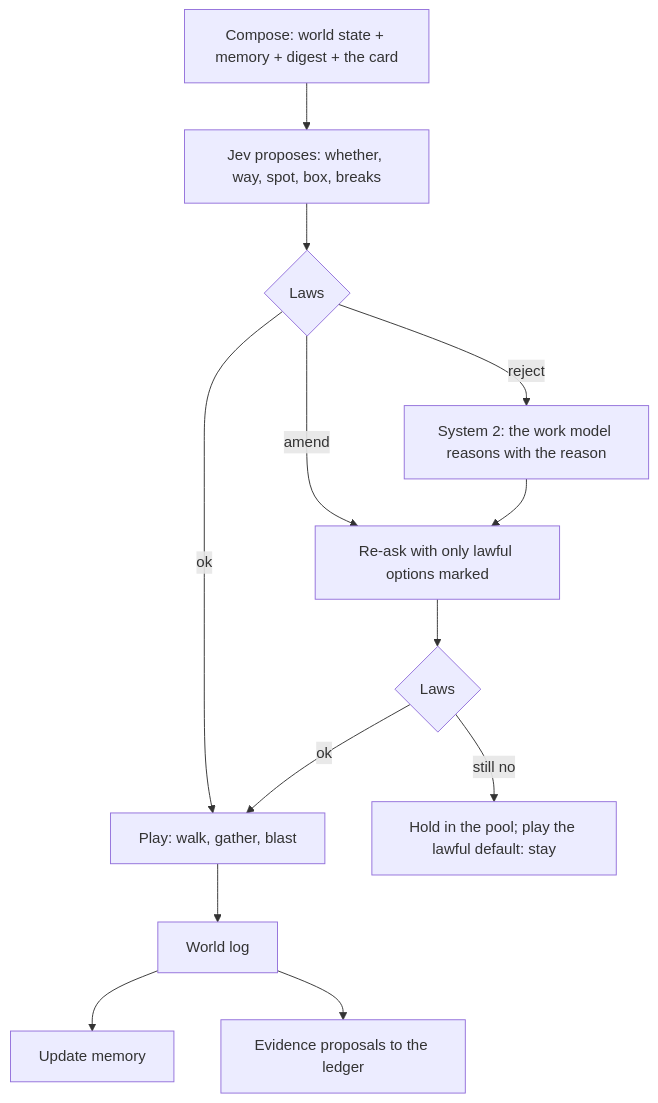
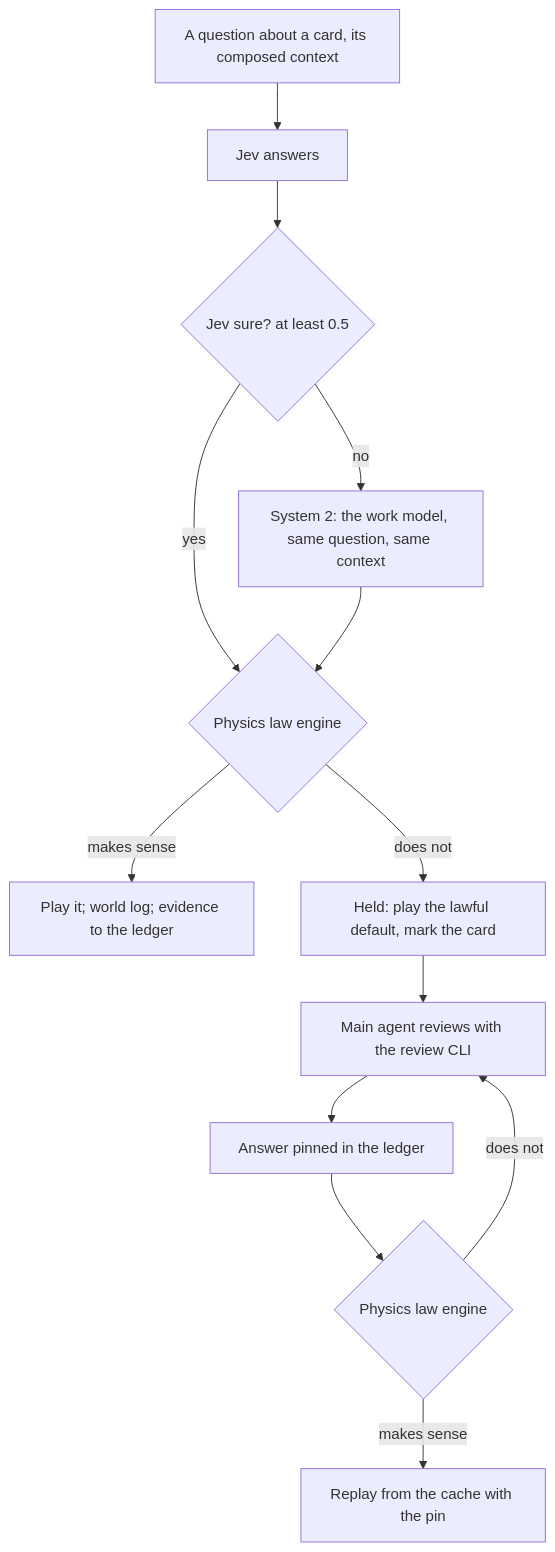
Before and after one commit to gardianofthedarkness/novel-ontology-pi: the second of 2 diagrams in docs/v2/world-ontology.md, drawn with Mermaid. The commit also changed other lines of this file and 3 other files, not shown here.

Commit message:
docs(v2): two tracks in parallel: A the summarization layer, B the world-ontology loop; system 2 is the same question to the work model below 0.5, then the physics law engine, then a main agent's review with a high-privilege CLI

````diff
--- a/docs/v2/world-ontology.md
+++ b/docs/v2/world-ontology.md
@@ -104,15 +111,15 @@
 ```mermaid
 flowchart TB
-  A[Compose: world state + memory + digest + the card] --> B[Jev proposes: whether, way, spot, box, breaks]
-  B --> C{Laws}
-  C -- ok --> P[Play: walk, gather, blast]
-  C -- amend --> B2[Re-ask with only lawful options marked]
-  C -- reject --> S2[System 2: the work model reasons with the reason]
-  S2 --> B2
-  B2 --> C2{Laws}
-  C2 -- ok --> P
-  C2 -- still no --> H[Hold in the pool; play the lawful default: stay]
-  P --> W[World log]
-  W --> M[Update memory]
-  W --> E[Evidence proposals to the ledger]
+  Q[A question about a card, its composed context] --> J[Jev answers]
+  J --> C1{Jev sure? at least 0.5}
+  C1 -- yes --> L{Physics law engine}
+  C1 -- no --> W[System 2: the work model, same question, same context]
+  W --> L
+  L -- makes sense --> P[Play it; world log; evidence to the ledger]
+  L -- does not --> H[Held: play the lawful default, mark the card]
+  H --> R[Main agent reviews with the review CLI]
+  R --> A[Answer pinned in the ledger]
+  A --> L2{Physics law engine}
+  L2 -- makes sense --> RP[Replay from the cache with the pin]
+  L2 -- does not --> R
 ```
````
